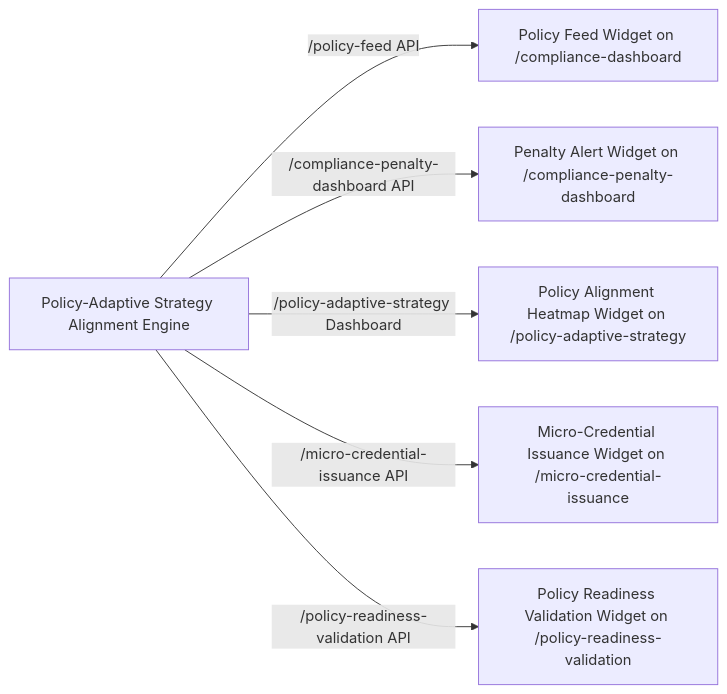
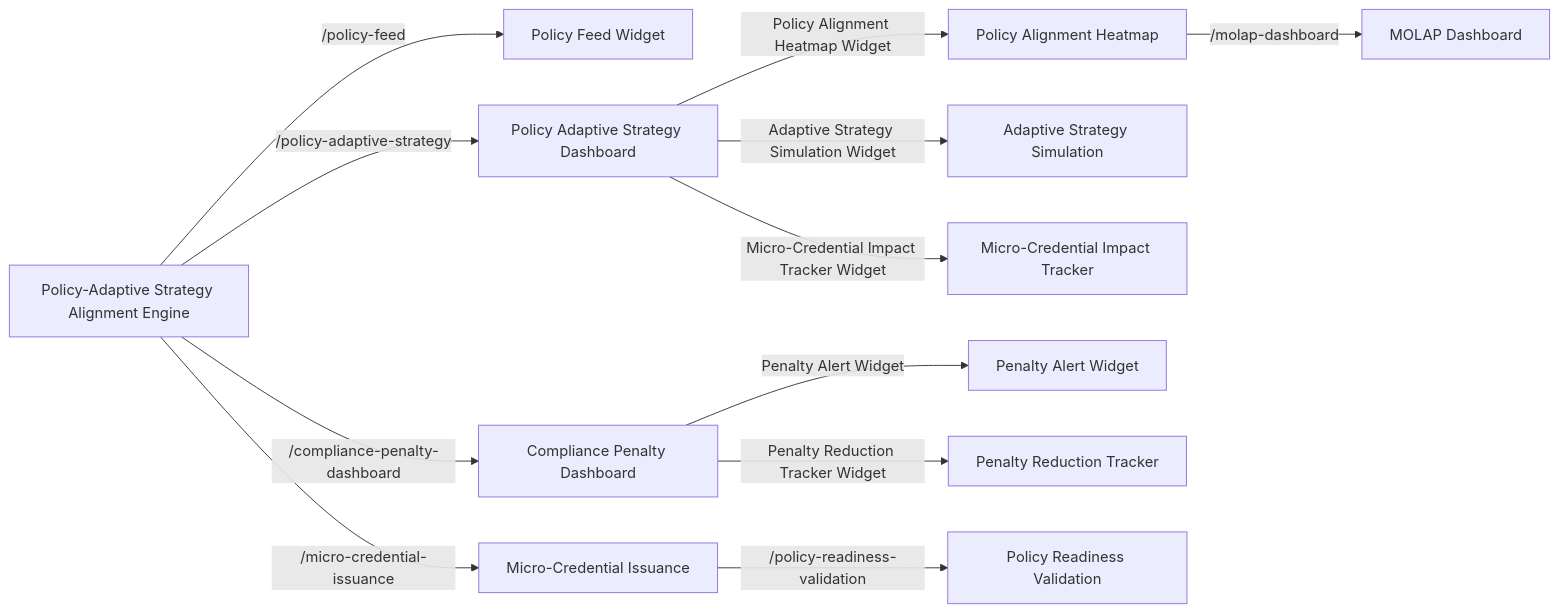
Before and after one commit to shawnhvac/agentworld-prior-art: the diagram in inventions/inv_policy_adaptive_strategy_alignment_engine_pasae_e9680.md, drawn with Mermaid. The commit also changed other lines of this file and 29 other files, not shown here.

````diff
--- a/inventions/inv_policy_adaptive_strategy_alignment_engine_pasae_e9680.md
+++ b/inventions/inv_policy_adaptive_strategy_alignment_engine_pasae_e9680.md
@@ -47,3 +47,3 @@
 ```mermaid
-graph LR; PASAE[Policy-Adaptive Strategy Alignment Engine] -->|/policy-feed API| PolicyFeedWidget[Policy Feed Widget on /compliance-dashboard]; PASAE -->|/compliance-penalty-dashboard API| PenaltyAlertWidget[Penalty Alert Widget on /compliance-penalty-dashboard]; PASAE -->|/policy-adaptive-strategy Dashboard| PolicyAlignmentHeatmap[Policy Alignment Heatmap Widget on /policy-adaptive-strategy]; PASAE -->|/micro-credential-issuance API| MicroCredIssuance[Micro-Credential Issuance Widget on /micro-credential-issuance]; PASAE -->|/policy-readiness-validation API| PolicyReadiness[Policy Readiness Validation Widget on /policy-readiness-validation];
+graph LR; PASAE[Policy-Adaptive Strategy Alignment Engine] -->|/policy-feed| PolicyFeed[Policy Feed Widget]; PASAE -->|/compliance-penalty-dashboard| PenaltyDashboard[Compliance Penalty Dashboard]; PASAE -->|/micro-credential-issuance| MicroCred[Micro-Credential Issuance]; PASAE -->|/policy-adaptive-strategy| StrategyDashboard[Policy Adaptive Strategy Dashboard]; StrategyDashboard -->|Policy Alignment Heatmap Widget| Heatmap[Policy Alignment Heatmap]; StrategyDashboard -->|Adaptive Strategy Simulation Widget| Simulation[Adaptive Strategy Simulation]; StrategyDashboard -->|Micro-Credential Impact Tracker Widget| MicroCredTrack[Micro-Credential Impact Tracker]; Heatmap -->|/molap-dashboard| MOLAP[MOLAP Dashboard]; PenaltyDashboard -->|Penalty Alert Widget| PenaltyAlert[Penalty Alert Widget]; PenaltyDashboard -->|Penalty Reduction Tracker Widget| Reduction[Penalty Reduction Tracker]; MicroCred -->|/policy-readiness-validation| Readiness[Policy Readiness Validation];
 ```
````
